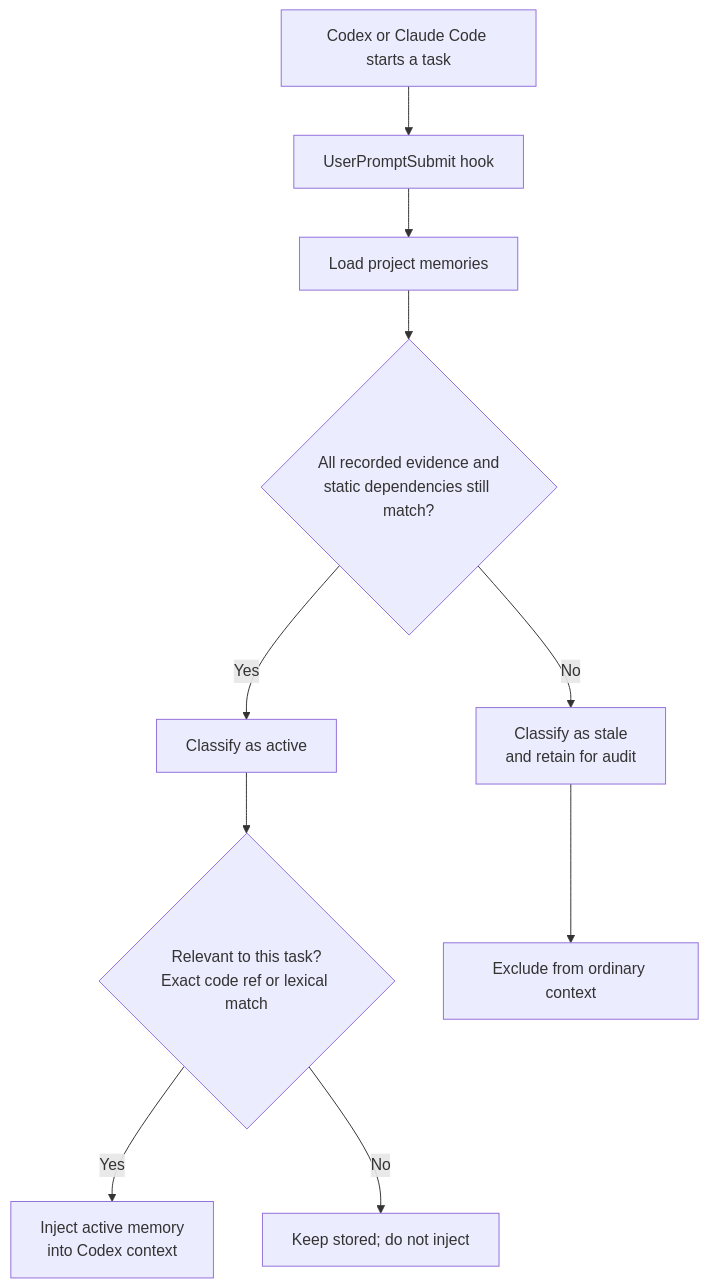
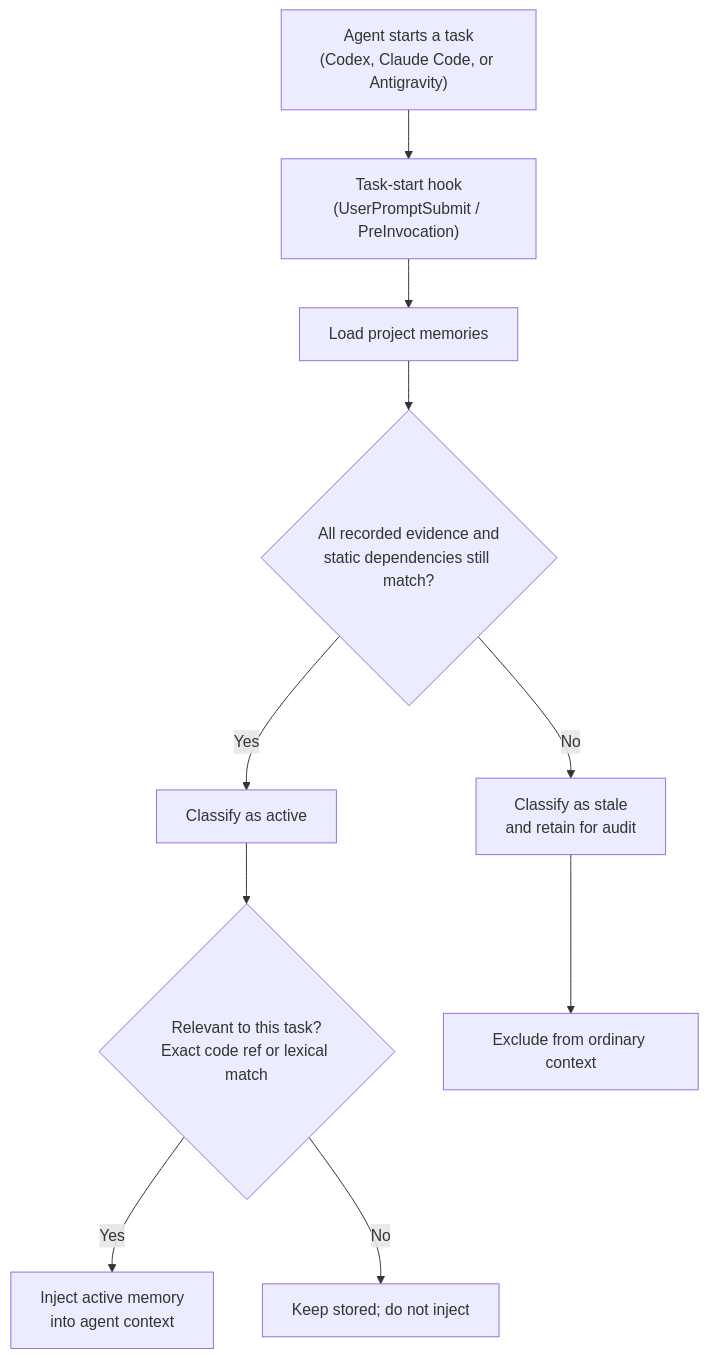
The first of 2 diagrams in README.md (fagnermourafeitosa/memory-stale), drawn with Mermaid before and after one commit. The commit also changed other lines of this file, not shown here.

Commit message:
docs(readme): make mermaid diagrams harness-agnostic with specific hook references

````diff
--- a/README.md
+++ b/README.md
@@ -151,12 +151,12 @@
 ```mermaid
 flowchart TD
-    A[Codex or Claude Code starts a task] --> B[UserPromptSubmit hook]
+    A["Agent starts a task<br/>(Codex, Claude Code, or Antigravity)"] --> B["Task-start hook<br/>(UserPromptSubmit / PreInvocation)"]
     B --> C[Load project memories]
     C --> D{"All recorded evidence and<br/>static dependencies still match?"}
     D -->|Yes| E[Classify as active]
     D -->|No| F["Classify as stale<br/>and retain for audit"]
     E --> G{"Relevant to this task?<br/>Exact code ref or lexical match"}
-    G -->|Yes| H["Inject active memory<br/>into Codex context"]
+    G -->|Yes| H["Inject active memory<br/>into agent context"]
     G -->|No| I[Keep stored; do not inject]
     F --> J[Exclude from ordinary context]
 ```
````
